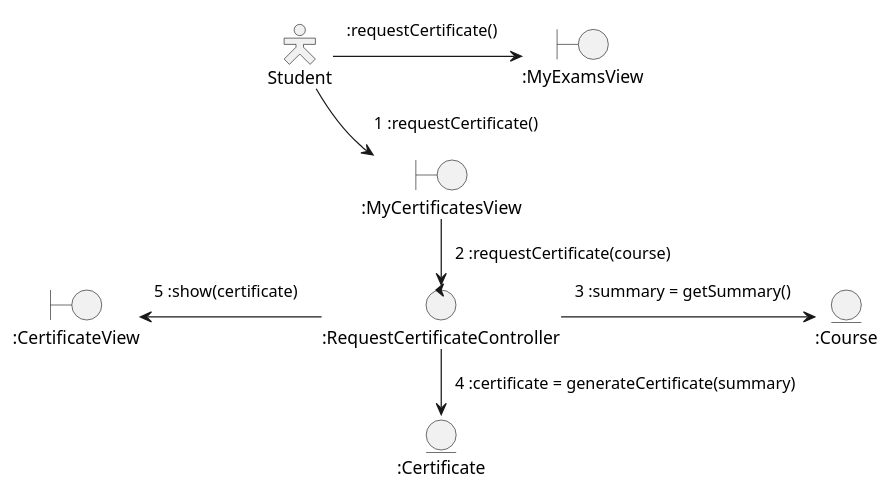
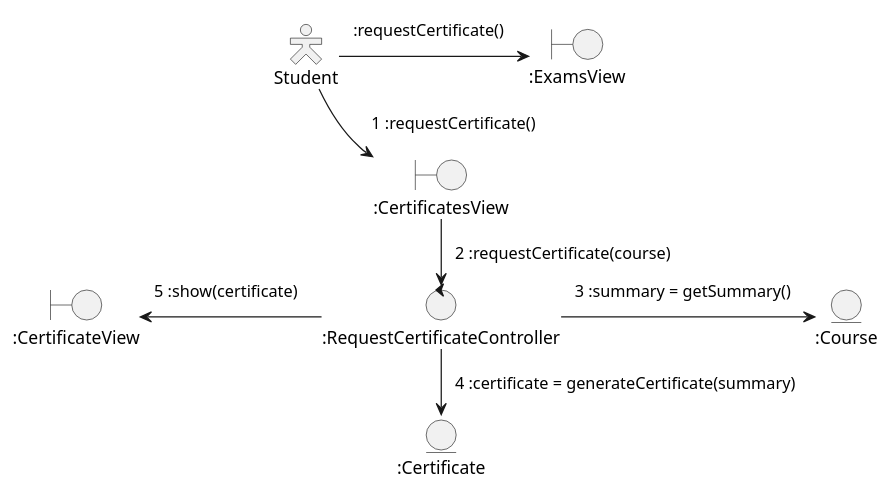
Before and after one commit to TheSProyect/Proyecto-IS-Grupo-1: the diagram in docs/logicalView/analysisView/UC-requestCertificate-analysisCommunicationDiagram.plantuml, drawn with PlantUML. The commit also changed 1 other file, not shown here.

```diff
--- a/docs/logicalView/analysisView/UC-requestCertificate-analysisCommunicationDiagram.plantuml
+++ b/docs/logicalView/analysisView/UC-requestCertificate-analysisCommunicationDiagram.plantuml
@@ -1,54 +1,54 @@
 @startuml UC requestCertificate analysisCommunicationDiagram
 skinparam actorstyle hollow
 <style>
 note {
     LineColor transparent
     BackgroundColor transparent
 }
 </style>
 skinparam ranksep 1
 skinparam nodesep 1
 
 actor "Student" as user 
-boundary ":MyExamsView" as start
-boundary ":MyCertificatesView" as myCertificates
+boundary ":ExamsView" as start
+boundary ":CertificatesView" as myCertificates
 boundary ":CertificateView" as certificateView
 entity ":Course"  as course
 control ":RequestCertificateController" as requestCertificateController
 entity ":Certificate" as certificate
 
 
 user -> start
 note on link
     :requestCertificate()
 end note
 
 start --[hidden]> myCertificates
 user -> myCertificates
 note on link
     1 :requestCertificate()
 end note
 
 myCertificates -down-> requestCertificateController
 note on link
     2 :requestCertificate(course)
 end note
 
 requestCertificateController -left-> certificateView
 note on link
     5 :show(certificate)
 end note
 
 requestCertificateController -> course
 note on link
     3 :summary = getSummary()
 end note
 
 requestCertificateController -down-> certificate
 note on link
     4 :certificate = generateCertificate(summary)
 end note
 
 'certificateView - certificate
 
 @enduml
```
